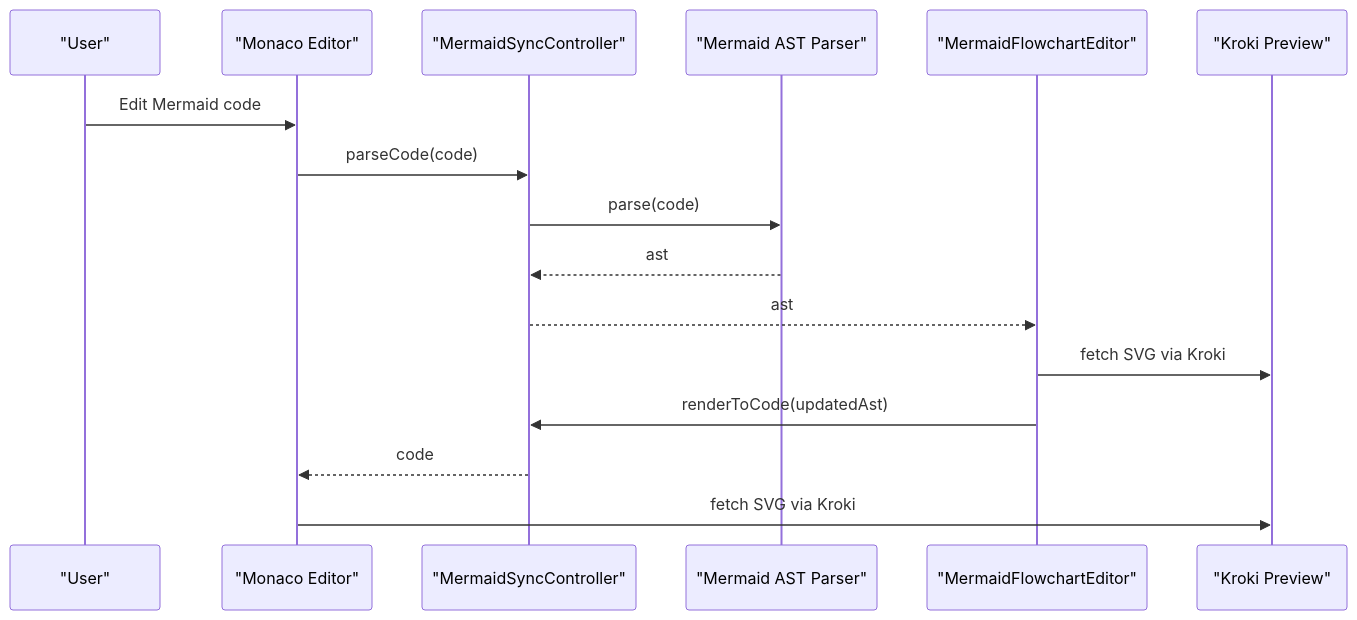
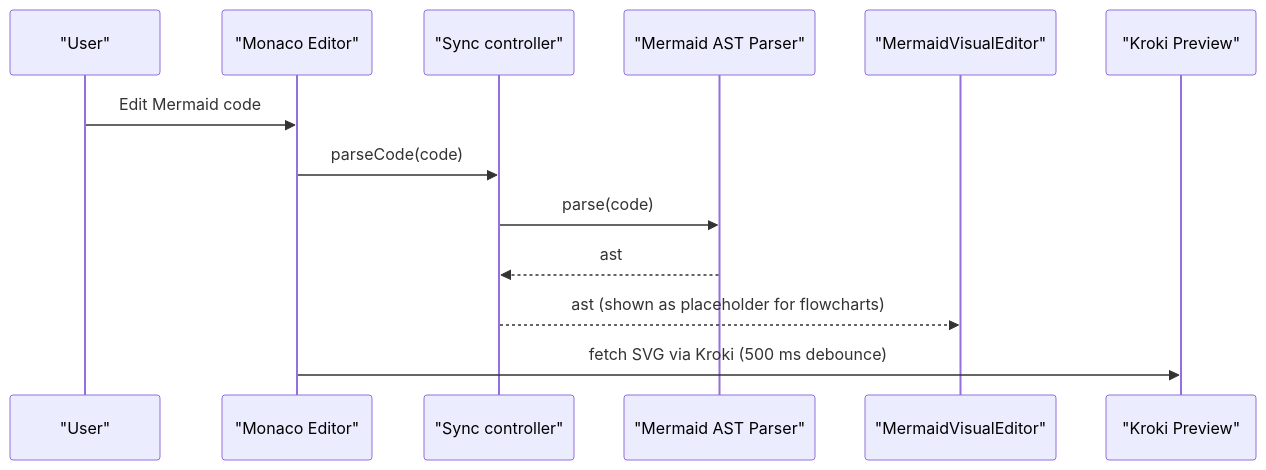
Before and after one commit to ongchonghian/universal-diagram-editor: the second of 5 diagrams in .qoder/repowiki/en/content/Diagram Types and Formats/Mermaid Diagrams/Flowcharts and Flowchart Types.md, drawn with Mermaid. The commit also changed other lines of this file and 31 other files, not shown here.

````diff
--- a/.qoder/repowiki/en/content/Diagram Types and Formats/Mermaid Diagrams/Flowcharts and Flowchart Types.md
+++ b/.qoder/repowiki/en/content/Diagram Types and Formats/Mermaid Diagrams/Flowcharts and Flowchart Types.md
@@ -78,18 +77,15 @@
 ```mermaid
 sequenceDiagram
 participant User as "User"
 participant Monaco as "Monaco Editor"
-participant Sync as "MermaidSyncController"
+participant Sync as "Sync controller"
 participant Parser as "Mermaid AST Parser"
-participant Editor as "MermaidFlowchartEditor"
+participant Editor as "MermaidVisualEditor"
 participant Preview as "Kroki Preview"
 User->>Monaco : Edit Mermaid code
 Monaco->>Sync : parseCode(code)
 Sync->>Parser : parse(code)
 Parser-->>Sync : ast
-Sync-->>Editor : ast
-Editor->>Preview : fetch SVG via Kroki
-Editor->>Sync : renderToCode(updatedAst)
-Sync-->>Monaco : code
-Monaco->>Preview : fetch SVG via Kroki
+Sync-->>Editor : ast (shown as placeholder for flowcharts)
+Monaco->>Preview : fetch SVG via Kroki (500 ms debounce)
 ```
````
